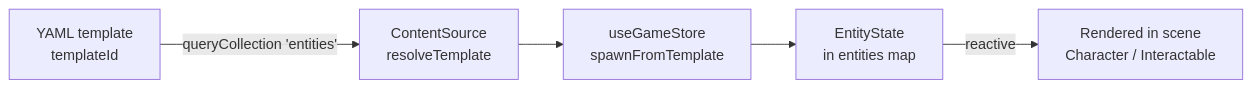
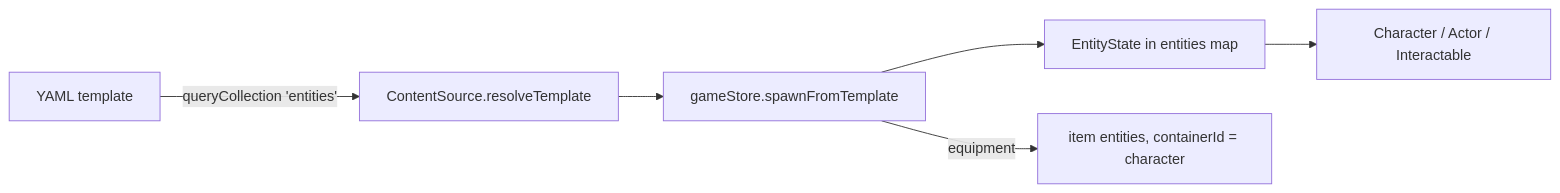
The diagram in apps/grimoire/content/04.entities/1.overview.md (alvarosabu/artificer-forge), drawn with Mermaid before and after one commit. The commit also changed other lines of this file and 157 other files, not shown here.

````diff
--- a/apps/grimoire/content/04.entities/1.overview.md
+++ b/apps/grimoire/content/04.entities/1.overview.md
@@ -36,7 +49,8 @@
 ```mermaid
 flowchart LR
-  A[YAML template<br/>templateId] -->|queryCollection 'entities'| B[ContentSource<br/>resolveTemplate]
-  B --> C[useGameStore<br/>spawnFromTemplate]
-  C --> D[EntityState<br/>in entities map]
-  D -->|reactive| E[Rendered in scene<br/>Character / Interactable]
+  A[YAML template] -->|queryCollection 'entities'| B[ContentSource.resolveTemplate]
+  B --> C[gameStore.spawnFromTemplate]
+  C --> D[EntityState in entities map]
+  C -->|equipment| E[item entities, containerId = character]
+  D --> F[Character / Actor / Interactable]
 ```
````
